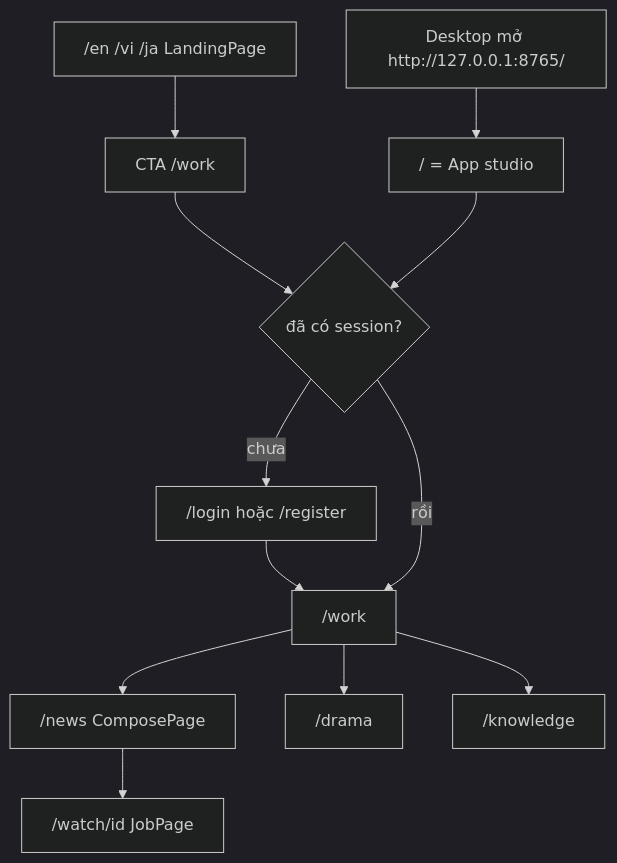
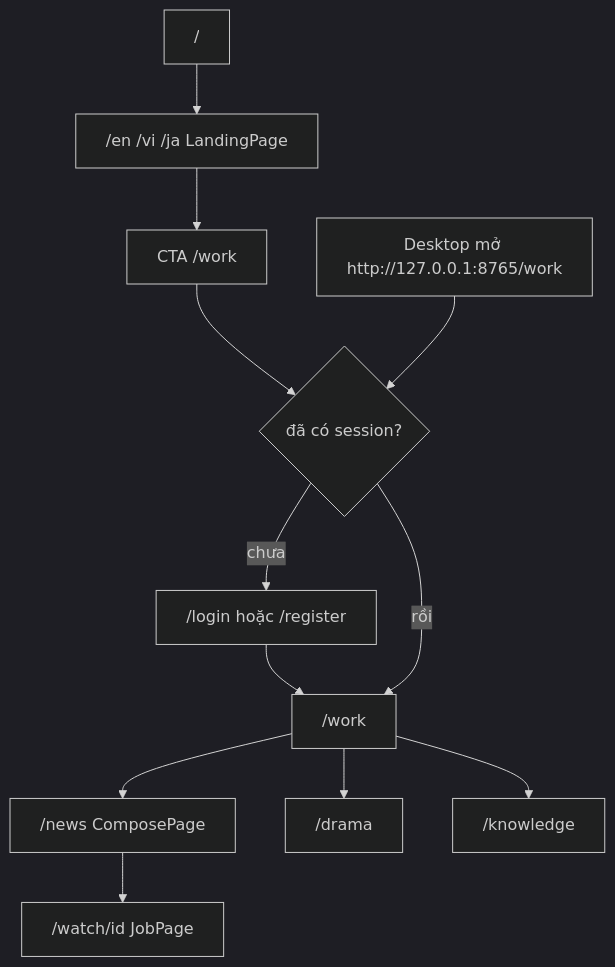
One commit to minhduy6868/omaishort---short-video-creation changed the diagram in docs/course/chuong-04/4.1-user-flow.md. Above: the diagram before and after it, drawn with Mermaid (dark theme). The commit also changed other lines of this file and 2 other files, not shown here.

Commit message:
fix(desktop): open the studio at /work now that / is the landing page
fix/remake-ui redirects / to /vi, so the desktop window landed on marketing.
Chapter 4 docs now describe the new / and * redirects.

````diff
--- a/docs/course/chuong-04/4.1-user-flow.md
+++ b/docs/course/chuong-04/4.1-user-flow.md
@@ -5,14 +5,14 @@
 ```mermaid
 flowchart TD
   en["/en /vi /ja LandingPage"] --> work["CTA /work"]
   work --> gate{đã có session?}
   gate -->|chưa| login["/login hoặc /register"]
   login --> work2["/work"]
   gate -->|rồi| work2
   work2 --> news["/news ComposePage"]
   work2 --> drama["/drama"]
   work2 --> know["/knowledge"]
   news --> watch["/watch/id JobPage"]
-  desk["Desktop mở http://127.0.0.1:8765/"] --> studio["/ = App studio"]
-  studio --> gate
+  root["/"] --> en
+  desk["Desktop mở http://127.0.0.1:8765/work"] --> gate
 ```
````
